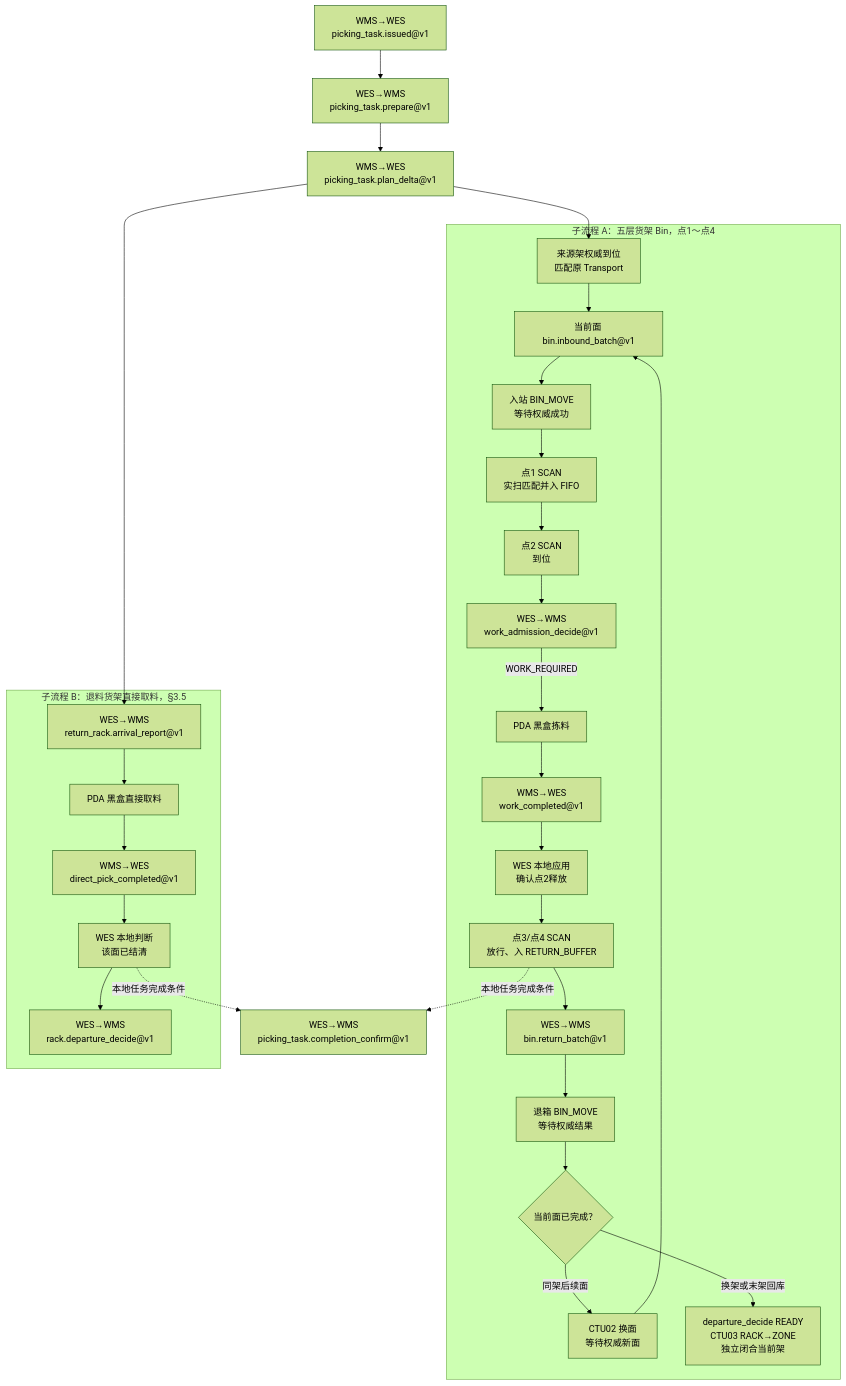
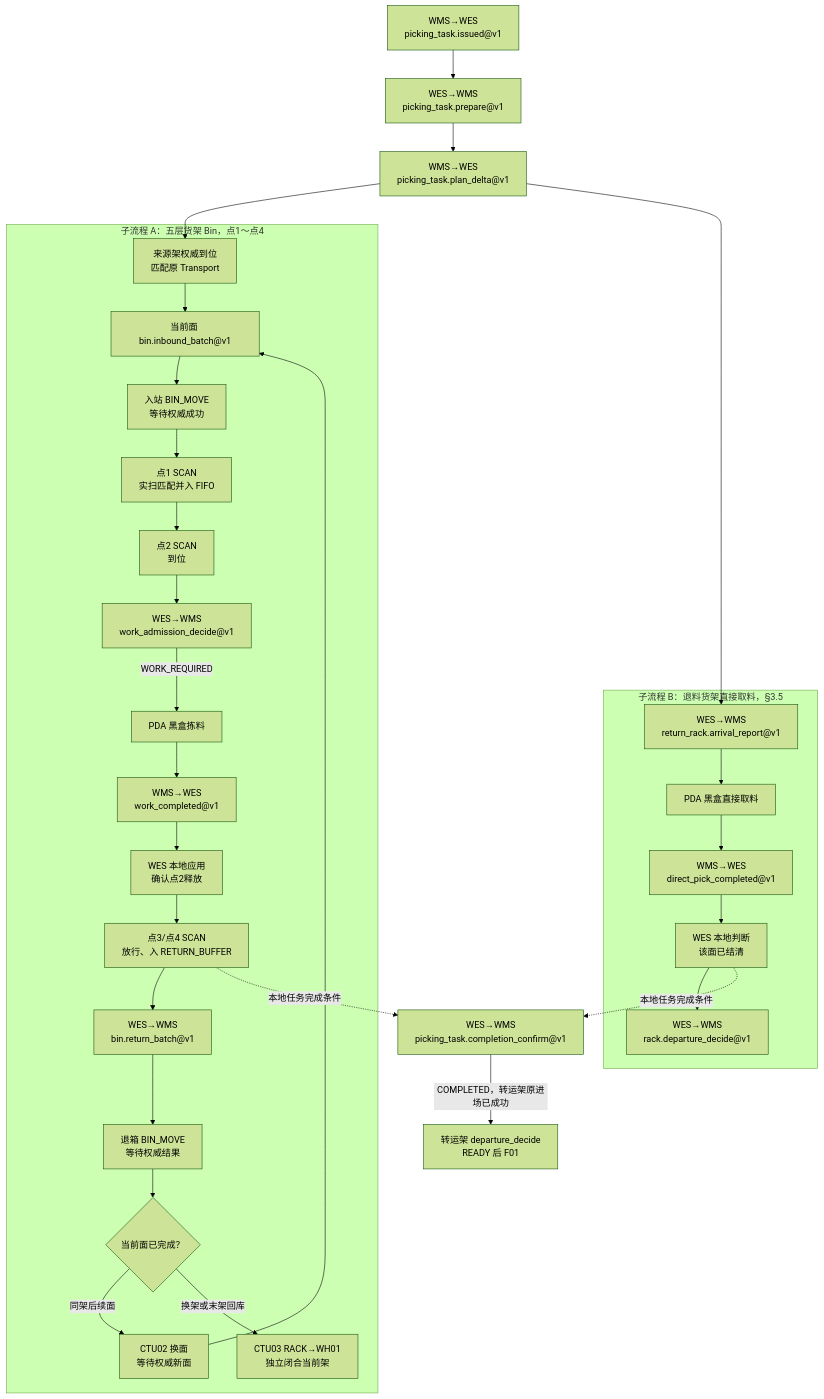
The first of 2 diagrams in docs/contracts/wms-manual-outbound-picking-integration-requirements.md (kaizhoumasha/wes_backend), drawn with Mermaid (forest theme) before and after one commit. The commit also changed other lines of this file and 21 other files, not shown here.

````diff
--- a/docs/contracts/wms-manual-outbound-picking-integration-requirements.md
+++ b/docs/contracts/wms-manual-outbound-picking-integration-requirements.md
@@ -37,21 +37,22 @@
 ```mermaid
 flowchart TD
     T1["WMS→WES<br/>picking_task.issued@v1"] --> T2["WES→WMS<br/>picking_task.prepare@v1"] --> T3["WMS→WES<br/>picking_task.plan_delta@v1"]
 
     T3 --> A00
     T3 --> B0
 
     subgraph A["子流程 A：五层货架 Bin，点1～点4"]
         A00["来源架权威到位<br/>匹配原 Transport"] --> A0["当前面 bin.inbound_batch@v1"] --> A01["入站 BIN_MOVE<br/>等待权威成功"] --> A1["点1 SCAN<br/>实扫匹配并入 FIFO"] --> A2["点2 SCAN<br/>到位"] --> A3["WES→WMS<br/>work_admission_decide@v1"]
         A3 -->|WORK_REQUIRED| A4["PDA 黑盒拣料"] --> A5["WMS→WES<br/>work_completed@v1"] --> A6["WES 本地应用<br/>确认点2释放"] --> A7["点3/点4 SCAN<br/>放行、入 RETURN_BUFFER"] --> A8["WES→WMS<br/>bin.return_batch@v1"] --> A9["退箱 BIN_MOVE<br/>等待权威结果"] --> A10{"当前面已完成？"}
         A10 -->|同架后续面| A11["CTU02 换面<br/>等待权威新面"] --> A0
-        A10 -->|换架或末架回库| A12["departure_decide READY<br/>CTU03 RACK→ZONE<br/>独立闭合当前架"]
+        A10 -->|换架或末架回库| A12["CTU03 RACK→WH01<br/>独立闭合当前架"]
     end
 
     subgraph B["子流程 B：退料货架直接取料，§3.5"]
         B0["WES→WMS<br/>return_rack.arrival_report@v1"] --> B1["PDA 黑盒直接取料"] --> B2["WMS→WES<br/>direct_pick_completed@v1"] --> B3["WES 本地判断<br/>该面已结清"] --> B4["WES→WMS<br/>rack.departure_decide@v1"]
     end
 
     A7 -. "本地任务完成条件" .-> DONE["WES→WMS<br/>picking_task.completion_confirm@v1"]
     B3 -. "本地任务完成条件" .-> DONE
+    DONE -->|COMPLETED，转运架原进场已成功| TOUT["转运架 departure_decide<br/>READY 后 F01"]
 ```
````
